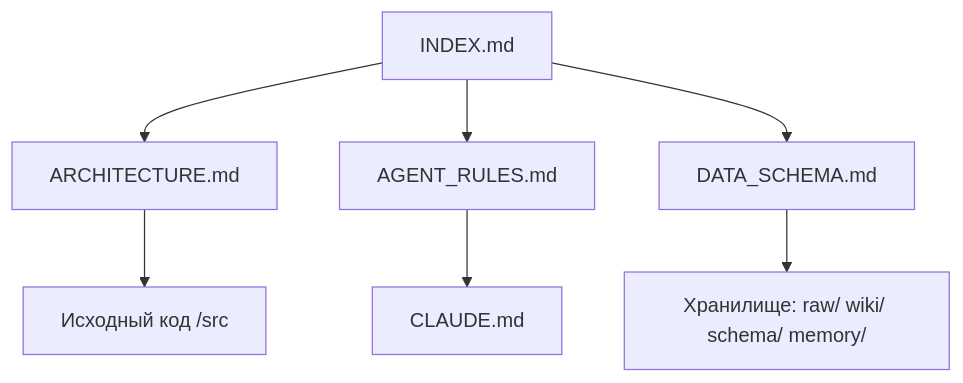
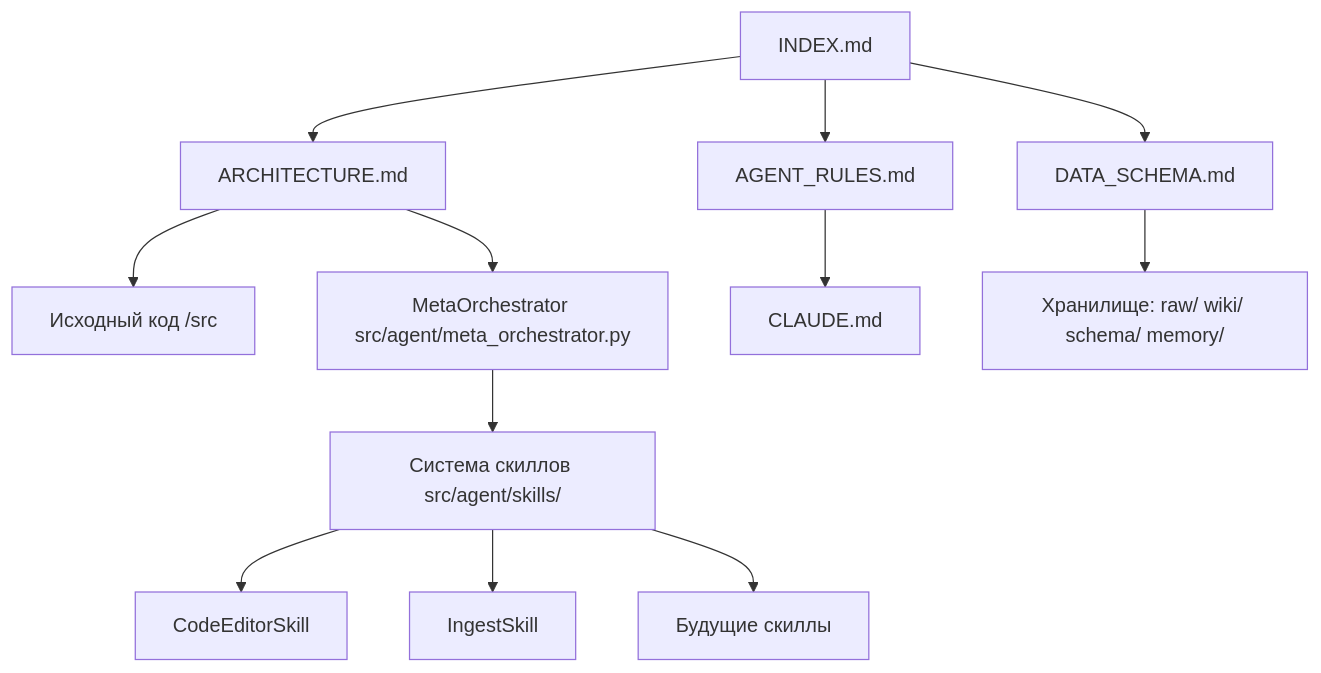
One commit to suer-tech/my_second_brain changed the diagram in docs/wiki/INDEX.md. Above: the diagram before and after it, drawn with Mermaid. The commit also changed 32 other files, not shown here.

First line of the commit message:
refactor: новая архитектура — MetaOrchestrator + система скиллов

````diff
--- a/docs/wiki/INDEX.md
+++ b/docs/wiki/INDEX.md
@@ -8,9 +8,14 @@
 ```mermaid
 graph TD
     Index[INDEX.md] --> Arch[ARCHITECTURE.md]
     Index --> Rules[AGENT_RULES.md]
     Index --> Schema[DATA_SCHEMA.md]
     Arch --> Code[Исходный код /src]
+    Arch --> Meta[MetaOrchestrator src/agent/meta_orchestrator.py]
+    Meta --> Skills[Система скиллов src/agent/skills/]
+    Skills --> CodeEditor[CodeEditorSkill]
+    Skills --> Ingest[IngestSkill]
+    Skills --> Future[Будущие скиллы]
     Rules --> Claude[CLAUDE.md]
     Schema --> Storage[Хранилище: raw/ wiki/ schema/ memory/]
 ```
````
